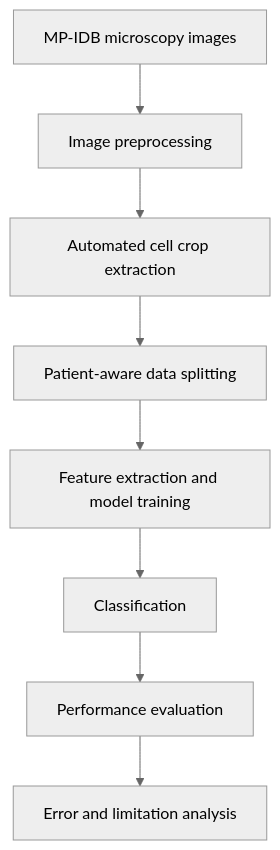
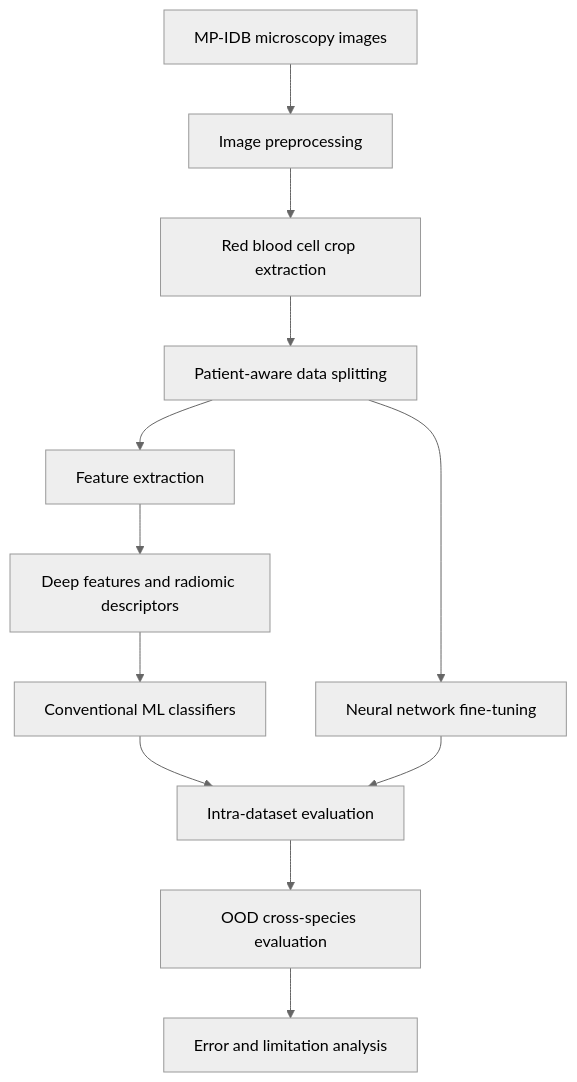
One commit to leonardomelis20/malaria-detection-pipeline changed the diagram in README.md. Above: the diagram before and after it, drawn with Mermaid (neutral theme). The commit also changed other lines of this file, not shown here.

````diff
--- a/README.md
+++ b/README.md
@@ -31,10 +33,14 @@
 ```mermaid
 flowchart TD
     A["MP-IDB microscopy images"] --> B["Image preprocessing"]
-    B --> C["Automated cell crop extraction"]
+    B --> C["Red blood cell crop extraction"]
     C --> D["Patient-aware data splitting"]
-    D --> E["Feature extraction and model training"]
-    E --> F["Classification"]
-    F --> G["Performance evaluation"]
-    G --> H["Error and limitation analysis"]
+    D --> E["Feature extraction"]
+    E --> F["Deep features and radiomic descriptors"]
+    F --> G["Conventional ML classifiers"]
+    D --> H["Neural network fine-tuning"]
+    G --> I["Intra-dataset evaluation"]
+    H --> I
+    I --> J["OOD cross-species evaluation"]
+    J --> K["Error and limitation analysis"]
 ```
````
